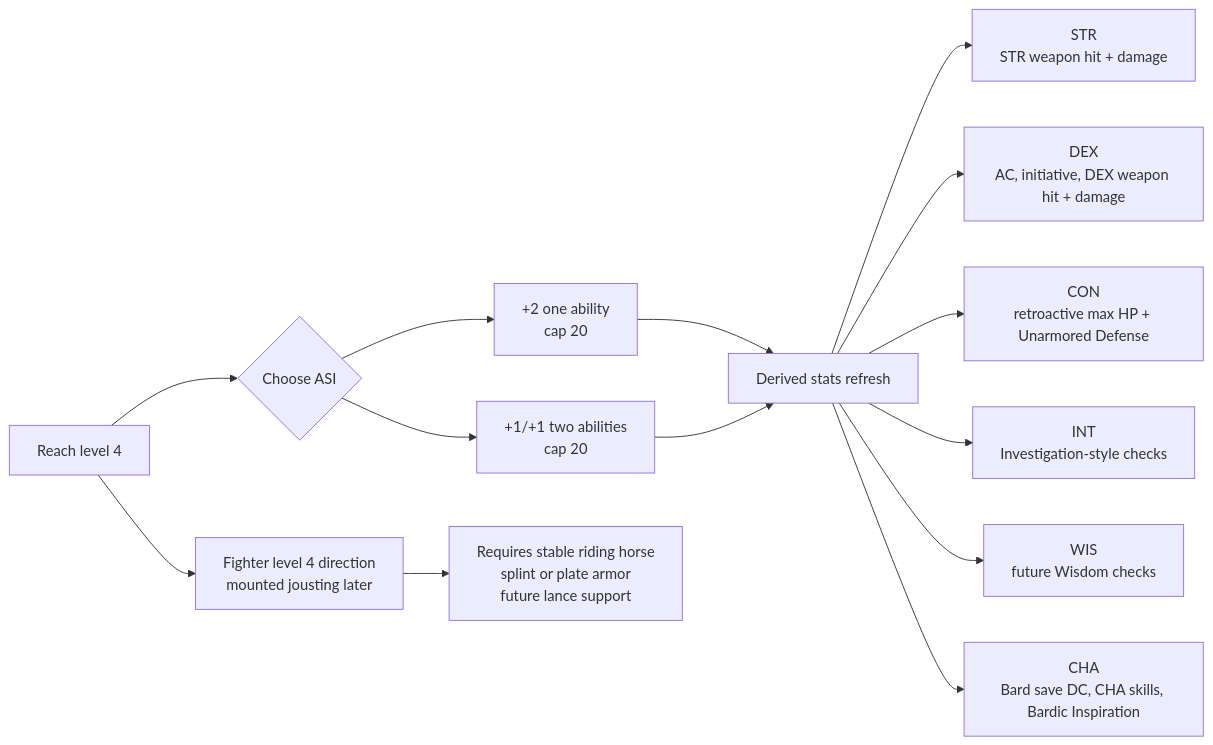
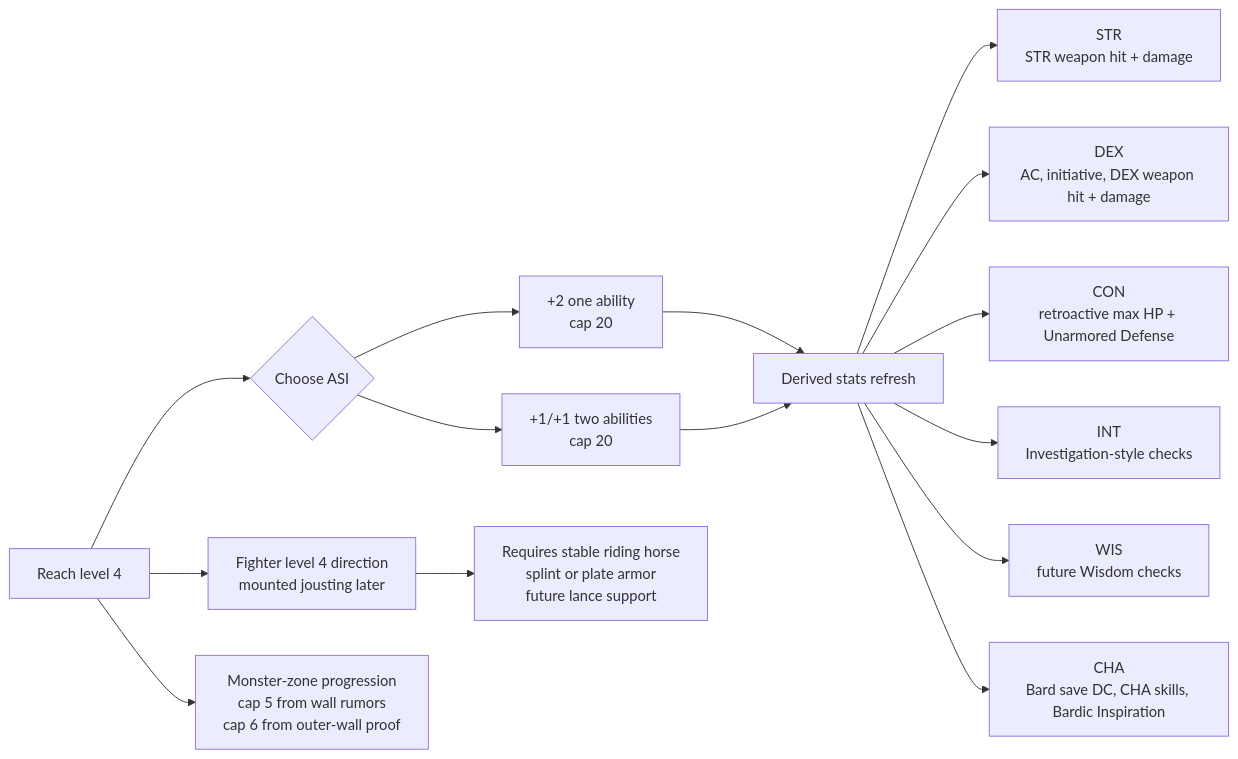
The second of 2 diagrams in docs/visual-combat-and-leveling.md (JesperYH24/dnd-git-adventure), drawn with Mermaid before and after one commit. The commit also changed 17 other files, not shown here.

Commit message:
Expand monster zone progression

````diff
--- a/docs/visual-combat-and-leveling.md
+++ b/docs/visual-combat-and-leveling.md
@@ -37,18 +37,19 @@
 ```mermaid
 flowchart LR
     Level4["Reach level 4"] --> ASIChoice{"Choose ASI"}
     ASIChoice --> PlusTwo["+2 one ability\ncap 20"]
     ASIChoice --> Split["+1/+1 two abilities\ncap 20"]
 
     PlusTwo --> Derived["Derived stats refresh"]
     Split --> Derived
 
     Derived --> STR["STR\nSTR weapon hit + damage"]
     Derived --> DEX["DEX\nAC, initiative, DEX weapon hit + damage"]
     Derived --> CON["CON\nretroactive max HP + Unarmored Defense"]
     Derived --> INT["INT\nInvestigation-style checks"]
     Derived --> WIS["WIS\nfuture Wisdom checks"]
     Derived --> CHA["CHA\nBard save DC, CHA skills, Bardic Inspiration"]
     Level4 --> FighterJoust["Fighter level 4 direction\nmounted jousting later"]
+    Level4 --> MonsterZone["Monster-zone progression\ncap 5 from wall rumors\ncap 6 from outer-wall proof"]
     FighterJoust --> JoustReq["Requires stable riding horse\nsplint or plate armor\nfuture lance support"]
 ```
````
